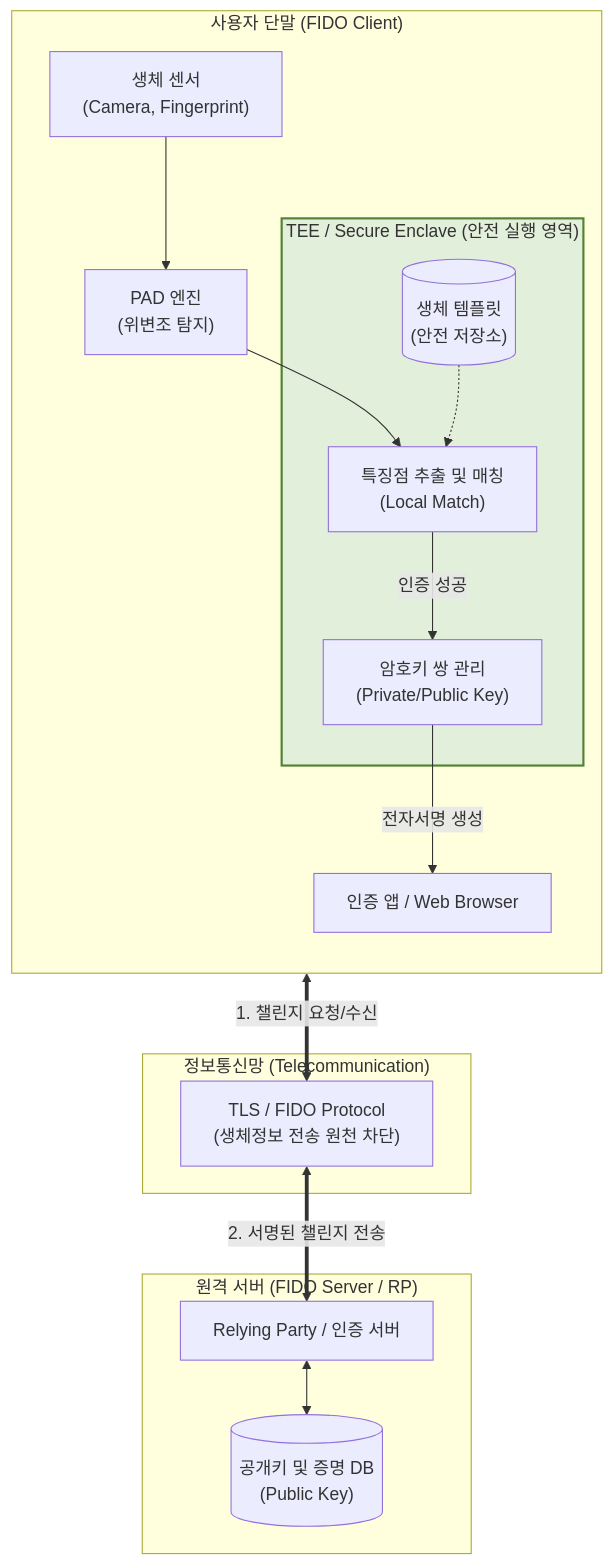
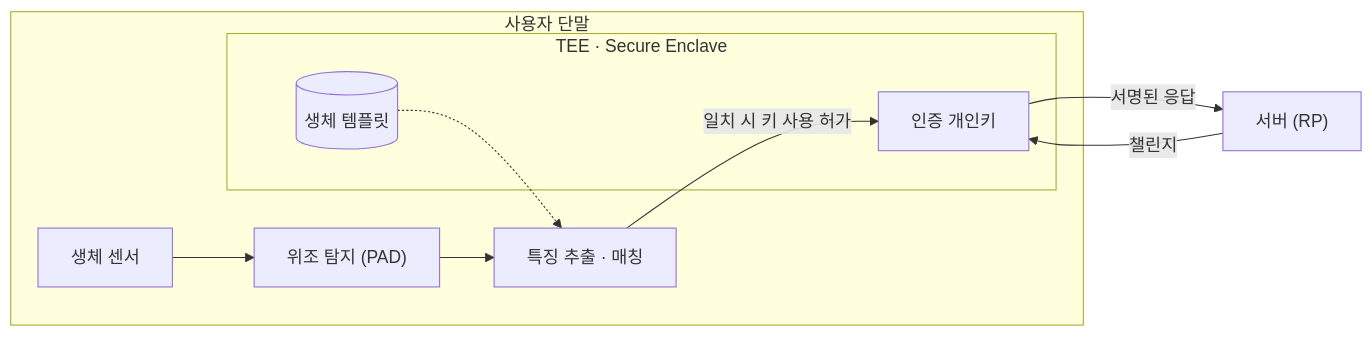
The diagram in content/01_IT Tech/생체 인증.md (supremethumb/supremethumb.github.io), drawn with Mermaid before and after one commit. The commit also changed other lines of this file and 1087 other files, not shown here.

````diff
--- a/content/01_IT Tech/생체 인증.md
+++ b/content/01_IT Tech/생체 인증.md
@@ -29,40 +37,15 @@
 ```mermaid
-flowchart TB
-    subgraph Client["사용자 단말 (FIDO Client)"]
-        direction TB
-        Sensor["생체 센서<br/>(Camera, Fingerprint)"]
-        PAD["PAD 엔진<br/>(위변조 탐지)"]
-        
-        subgraph TEE["TEE / Secure Enclave (안전 실행 영역)"]
-            Matcher["특징점 추출 및 매칭<br/>(Local Match)"]
-            Template[("생체 템플릿<br/>(안전 저장소)")]
-            KeyGen["암호키 쌍 관리<br/>(Private/Public Key)"]
+flowchart LR
+    subgraph DEV["사용자 단말"]
+        S["생체 센서"] --> PAD["위조 탐지 (PAD)"]
+        PAD --> M["특징 추출 · 매칭"]
+        subgraph TEE["TEE · Secure Enclave"]
+            T[("생체 템플릿")]
+            K["인증 개인키"]
         end
-        
-        App["인증 앱 / Web Browser"]
-        
-        Sensor --> PAD
-        PAD --> Matcher
-        Template -.-> Matcher
-        Matcher -->|인증 성공| KeyGen
-        KeyGen -->|전자서명 생성| App
+        T -.-> M
+        M -->|"일치 시 키 사용 허가"| K
     end
-    
-    subgraph Network["정보통신망 (Telecommunication)"]
-        TLS["TLS / FIDO Protocol<br/>(생체정보 전송 원천 차단)"]
-    end
-    
-    subgraph Server["원격 서버 (FIDO Server / RP)"]
-        RP["Relying Party / 인증 서버"]
-        DB[("공개키 및 증명 DB<br/>(Public Key)")]
-        
-        RP <--> DB
-    end
-    
-    App <==>|1. 챌린지 요청/수신| TLS
-    TLS <==>|2. 서명된 챌린지 전송| RP
-    
-    classDef secure fill:#e2efda,stroke:#548235,stroke-width:2px;
-    class TEE secure;
-
+    RP["서버 (RP)"] -->|"챌린지"| K
+    K -->|"서명된 응답"| RP
 ```
````
